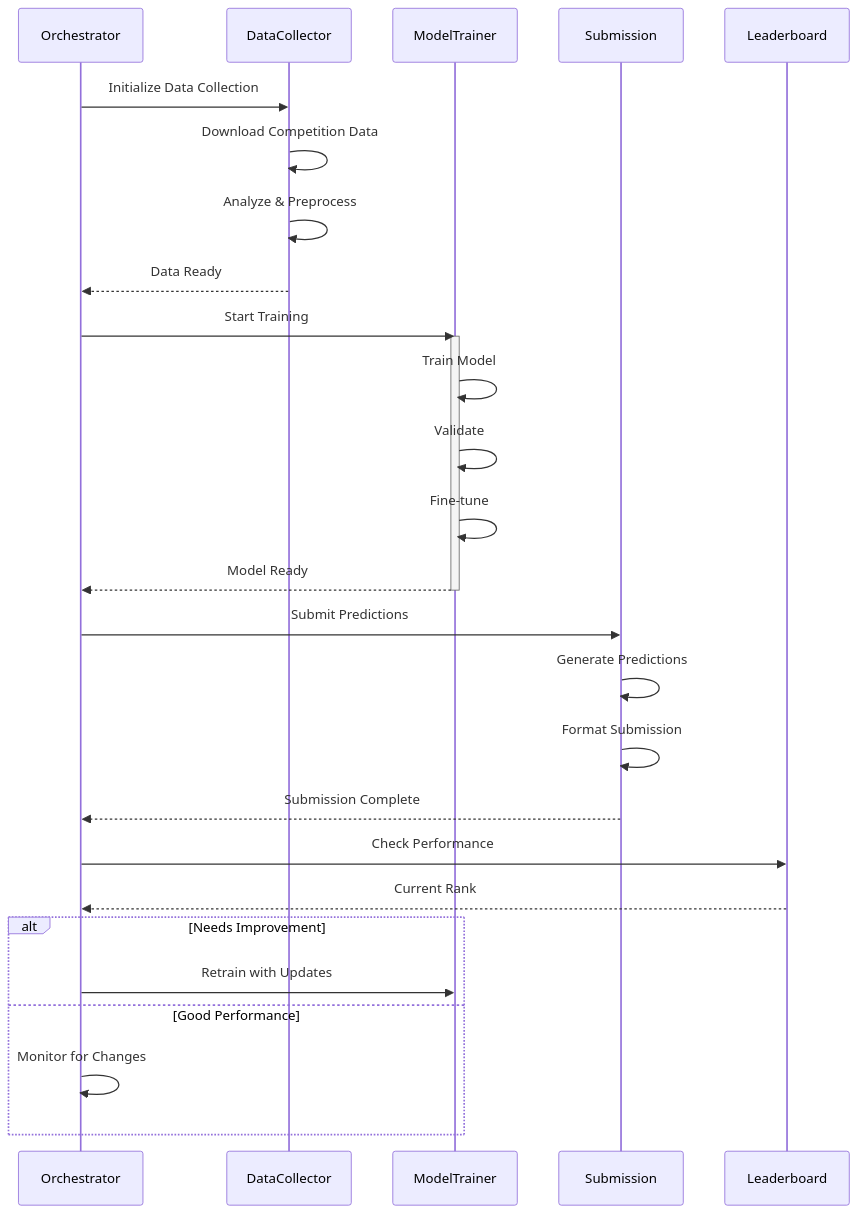
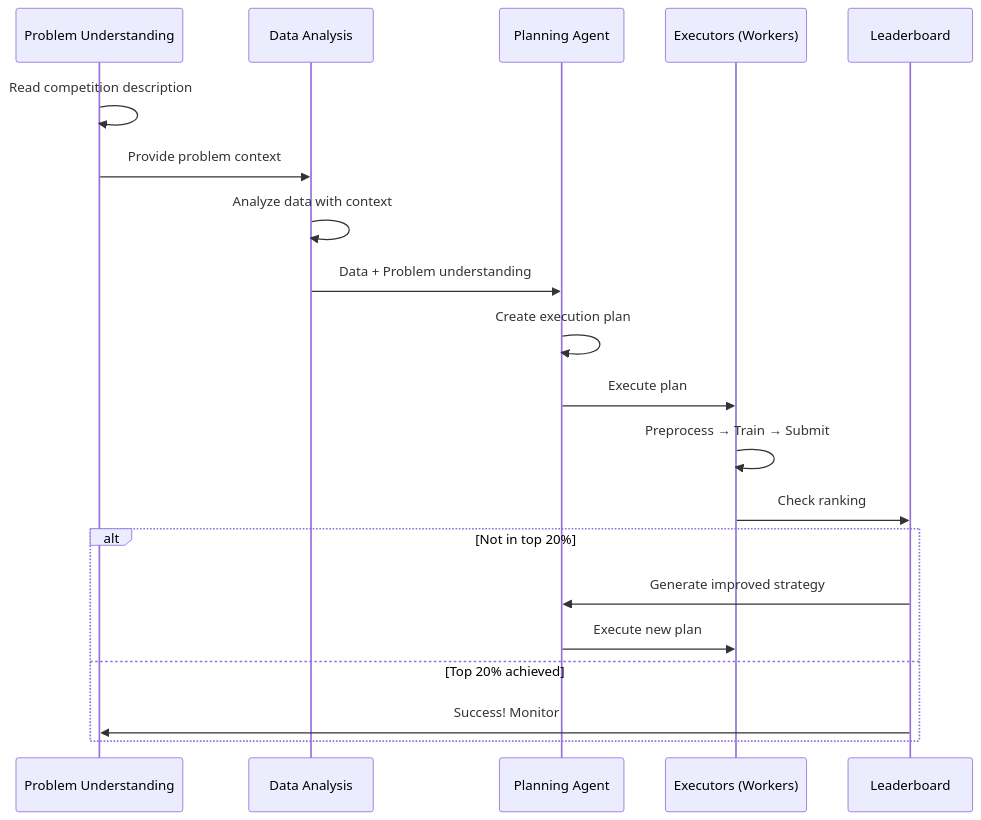
Before and after one commit to Nuthan-hue/Finetuning_LLMs: the diagram in README.md, drawn with Mermaid. The commit also changed other lines of this file and 7 other files, not shown here.

Commit message:
impliment planning agent

````diff
--- a/README.md
+++ b/README.md
@@ -65,35 +101,24 @@
 ```mermaid
 sequenceDiagram
-    participant O as Orchestrator
-    participant D as DataCollector
-    participant M as ModelTrainer
-    participant S as Submission
-    participant L as Leaderboard
+    participant P as Problem Understanding
+    participant D as Data Analysis
+    participant PL as Planning Agent
+    participant EX as Executors (Workers)
+    participant LB as Leaderboard
 
-    O->>D: Initialize Data Collection
-    D->>D: Download Competition Data
-    D->>D: Analyze & Preprocess
-    D-->>O: Data Ready
-    
-    O->>M: Start Training
-    activate M
-    M->>M: Train Model
-    M->>M: Validate
-    M->>M: Fine-tune
-    M-->>O: Model Ready
-    deactivate M
-    
-    O->>S: Submit Predictions
-    S->>S: Generate Predictions
-    S->>S: Format Submission
-    S-->>O: Submission Complete
-    
-    O->>L: Check Performance
-    L-->>O: Current Rank
-    
-    alt Needs Improvement
-        O->>M: Retrain with Updates
-    else Good Performance
-        O->>O: Monitor for Changes
+    P->>P: Read competition description
+    P->>D: Provide problem context
+    D->>D: Analyze data with context
+    D->>PL: Data + Problem understanding
+    PL->>PL: Create execution plan
+    PL->>EX: Execute plan
+    EX->>EX: Preprocess → Train → Submit
+    EX->>LB: Check ranking
+
+    alt Not in top 20%
+        LB->>PL: Generate improved strategy
+        PL->>EX: Execute new plan
+    else Top 20% achieved
+        LB->>P: Success! Monitor
     end
 ```
````
